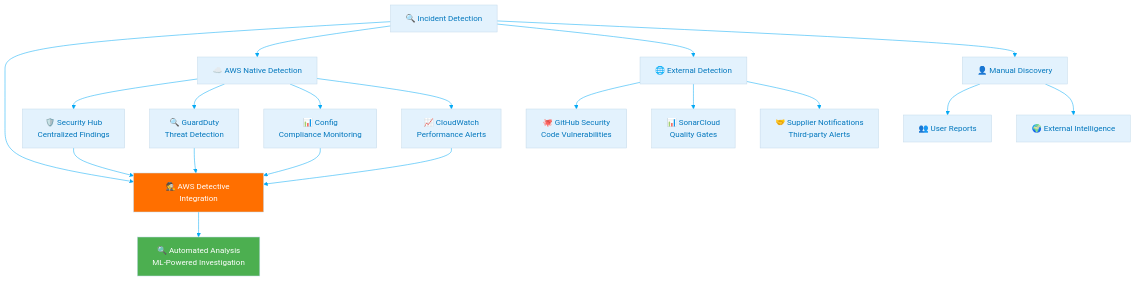
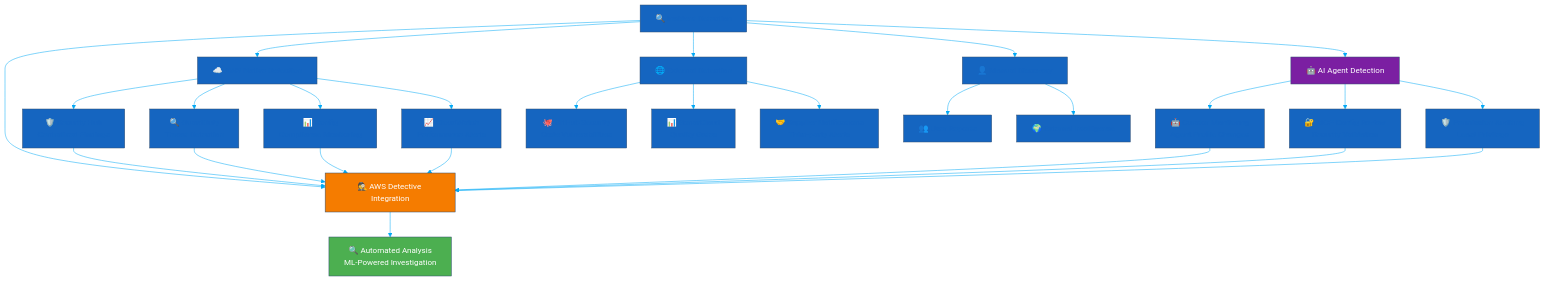
The fourth of 13 diagrams in Incident_Response_Plan.md (Hack23/ISMS-PUBLIC), drawn with Mermaid before and after one commit. The commit also changed other lines of this file and 35 other files, not shown here.

````diff
--- a/Incident_Response_Plan.md
+++ b/Incident_Response_Plan.md
@@ -116,40 +276,49 @@
 ```mermaid
 %%{
   init: {
     'theme': 'base',
     'themeVariables': {
-      'primaryColor': '#e3f2fd',
-      'primaryTextColor': '#0277bd',
+      'primaryColor': '#1565C0',
+      'primaryTextColor': '#1565C0',
       'lineColor': '#03a9f4'
     }
   }
 }%%
 flowchart TD
     DETECT[🔍 Incident Detection] --> DETECTIVE[🕵️ AWS Detective Integration]
     
     DETECT --> AWS_NATIVE[☁️ AWS Native Detection]
     DETECT --> EXTERNAL[🌐 External Detection]
     DETECT --> MANUAL[👤 Manual Discovery]
+    DETECT --> AI_AGENTS[🤖 AI Agent Detection]
     
     AWS_NATIVE --> SECURITY_HUB[🛡️ Security Hub<br/>Centralized Findings]
     AWS_NATIVE --> GUARDDUTY[🔍 GuardDuty<br/>Threat Detection]
     AWS_NATIVE --> CONFIG[📊 Config<br/>Compliance Monitoring]
     AWS_NATIVE --> CLOUDWATCH[📈 CloudWatch<br/>Performance Alerts]
     
     EXTERNAL --> GITHUB[🐙 GitHub Security<br/>Code Vulnerabilities]
     EXTERNAL --> SONAR[📊 SonarCloud<br/>Quality Gates]
     EXTERNAL --> SUPPLIER[🤝 Supplier Notifications<br/>Third-party Alerts]
     
     MANUAL --> USER_REPORT[👥 User Reports]
     MANUAL --> EXTERNAL_INTEL[🌍 External Intelligence]
     
+    AI_AGENTS --> CURATOR_MON[🤖 Curator Monitoring<br/>Agent Profile Changes]
+    AI_AGENTS --> MCP_AUDIT[🔐 MCP Config Review<br/>Security Validation]
+    AI_AGENTS --> PERM_CHECK[🛡️ Permission Auditing<br/>Least Privilege]
+    
     SECURITY_HUB --> DETECTIVE
     GUARDDUTY --> DETECTIVE
     CONFIG --> DETECTIVE
     CLOUDWATCH --> DETECTIVE
+    CURATOR_MON --> DETECTIVE
+    MCP_AUDIT --> DETECTIVE
+    PERM_CHECK --> DETECTIVE
     
     DETECTIVE --> ANALYSIS[🔍 Automated Analysis<br/>ML-Powered Investigation]
     
-    style DETECTIVE fill:#ff6f00,color:#fff
+    style DETECTIVE fill:#F57C00,color:#fff
     style ANALYSIS fill:#4caf50,color:#fff
+    style AI_AGENTS fill:#7B1FA2,color:#fff
 ```
````
